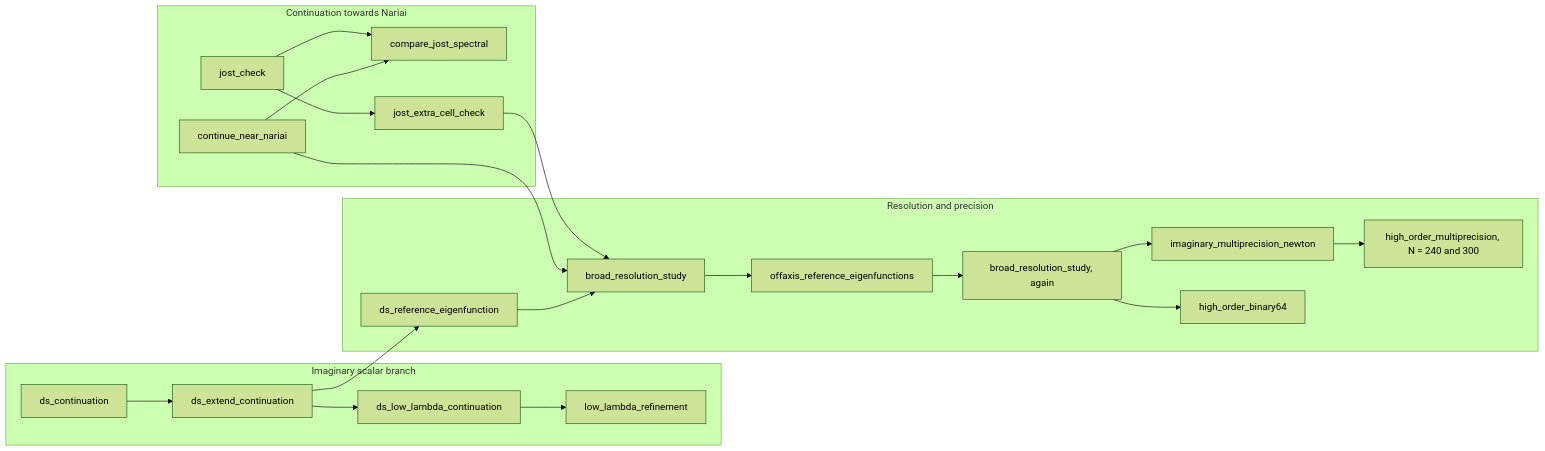
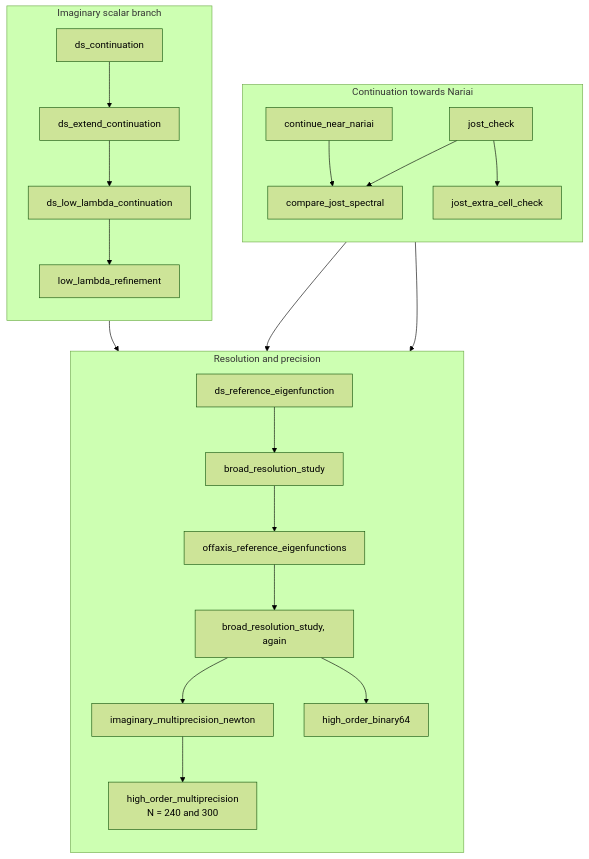
The diagram in README.md (dutykh/massless-SdS), drawn with Mermaid (forest theme) before and after one commit.

Commit message:
The diagram of the order in which the independent checks run is laid out vertically, so that GitHub draws it at a readable size.

````diff
--- a/README.md
+++ b/README.md
@@ -283,24 +283,27 @@
 ```mermaid
-flowchart LR
+flowchart TB
   subgraph cont["Continuation towards Nariai"]
+    direction TB
     CN[continue_near_nariai] --> CJ[compare_jost_spectral]
     JC[jost_check] --> CJ
     JC --> JX[jost_extra_cell_check]
   end
   subgraph ds["Imaginary scalar branch"]
+    direction TB
     DC[ds_continuation] --> DE[ds_extend_continuation]
     DE --> DL[ds_low_lambda_continuation]
     DL --> LR[low_lambda_refinement]
   end
   subgraph res["Resolution and precision"]
+    direction TB
     DR[ds_reference_eigenfunction] --> B1[broad_resolution_study]
     B1 --> OR[offaxis_reference_eigenfunctions]
     OR --> B2["broad_resolution_study, again"]
     B2 --> IM[imaginary_multiprecision_newton]
-    IM --> HM["high_order_multiprecision, N = 240 and 300"]
+    IM --> HM["high_order_multiprecision<br/>N = 240 and 300"]
     B2 --> HB[high_order_binary64]
   end
   DE --> DR
   CN --> B1
   JX --> B1
 ```
````
